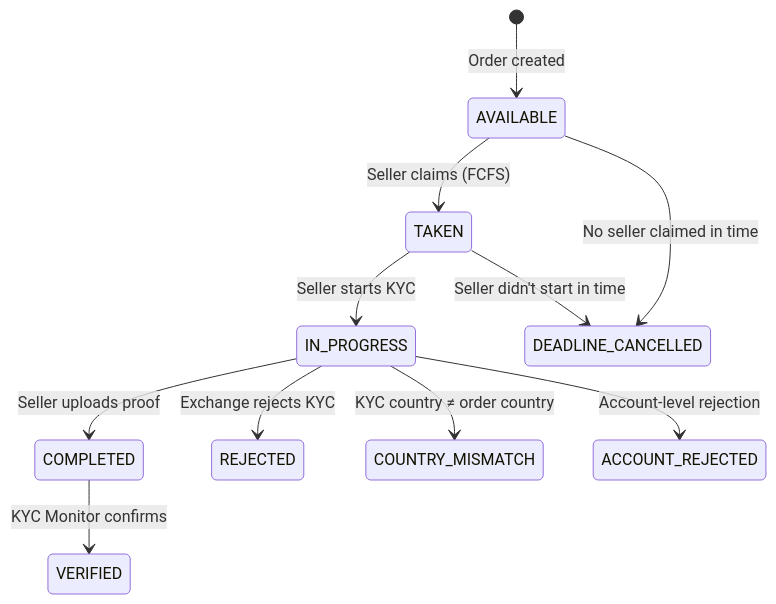
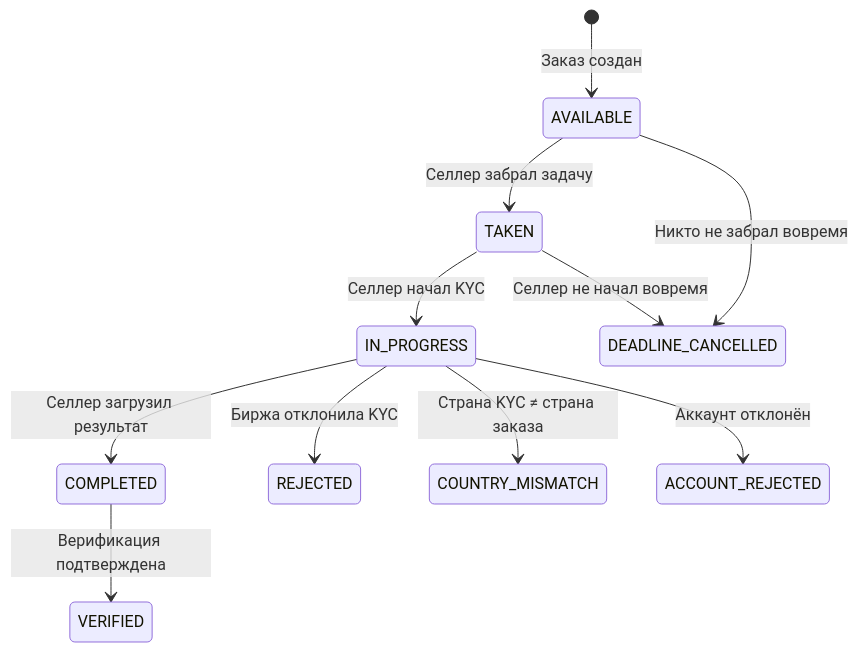
The sixth of 8 diagrams in src/content/docs/pilot-faq.md (AutoPilotSoftware/docs), drawn with Mermaid before and after one commit. The commit also changed other lines of this file and 2 other files, not shown here.

First line of the commit message:
Simplify and localize all pilot-faq diagrams across RU/EN/UA

````diff
--- a/src/content/docs/pilot-faq.md
+++ b/src/content/docs/pilot-faq.md
@@ -402,14 +394,14 @@
 ```mermaid
 stateDiagram-v2
-    [*] --> AVAILABLE: Order created
-    AVAILABLE --> TAKEN: Seller claims (FCFS)
-    TAKEN --> IN_PROGRESS: Seller starts KYC
-    IN_PROGRESS --> COMPLETED: Seller uploads proof
-    COMPLETED --> VERIFIED: KYC Monitor confirms
+    [*] --> AVAILABLE: Заказ создан
+    AVAILABLE --> TAKEN: Селлер забрал задачу
+    TAKEN --> IN_PROGRESS: Селлер начал KYC
+    IN_PROGRESS --> COMPLETED: Селлер загрузил результат
+    COMPLETED --> VERIFIED: Верификация подтверждена
 
-    AVAILABLE --> DEADLINE_CANCELLED: No seller claimed in time
-    TAKEN --> DEADLINE_CANCELLED: Seller didn't start in time
-    IN_PROGRESS --> REJECTED: Exchange rejects KYC
-    IN_PROGRESS --> COUNTRY_MISMATCH: KYC country ≠ order country
-    IN_PROGRESS --> ACCOUNT_REJECTED: Account-level rejection
+    AVAILABLE --> DEADLINE_CANCELLED: Никто не забрал вовремя
+    TAKEN --> DEADLINE_CANCELLED: Селлер не начал вовремя
+    IN_PROGRESS --> REJECTED: Биржа отклонила KYC
+    IN_PROGRESS --> COUNTRY_MISMATCH: Страна KYC ≠ страна заказа
+    IN_PROGRESS --> ACCOUNT_REJECTED: Аккаунт отклонён
 ```
````
